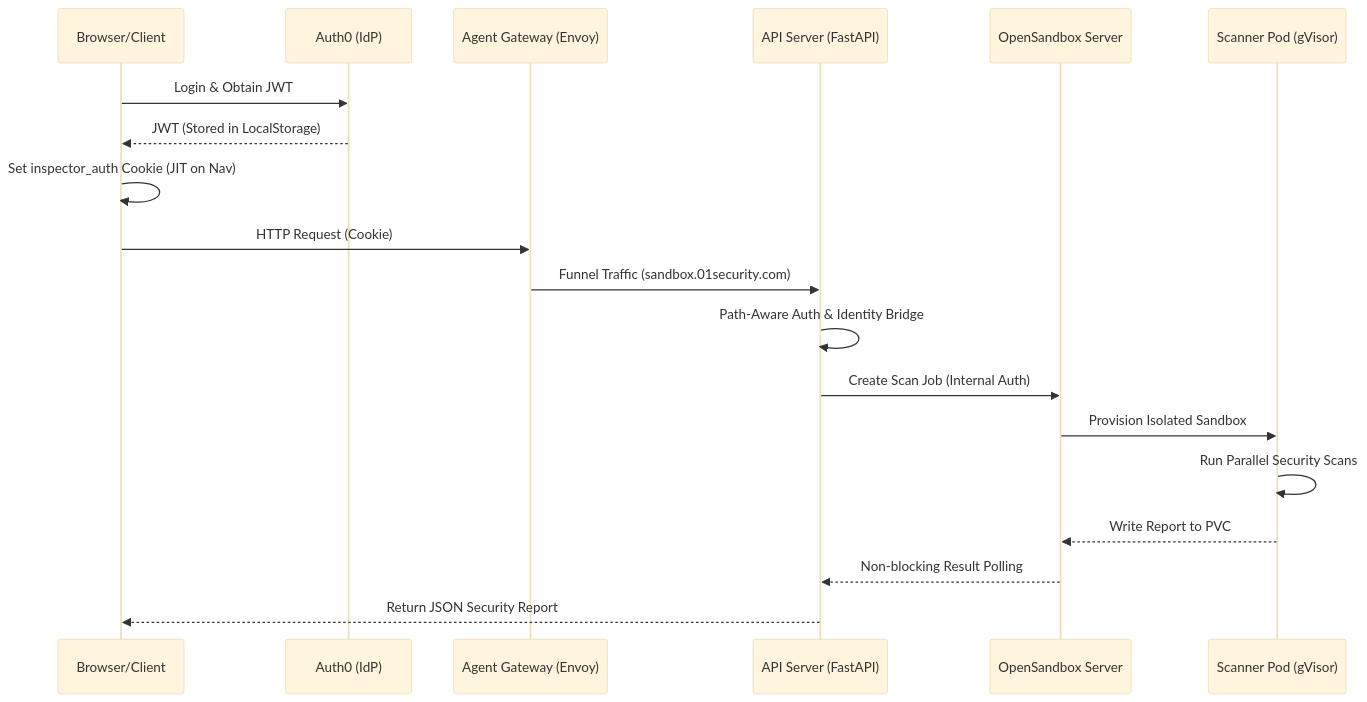
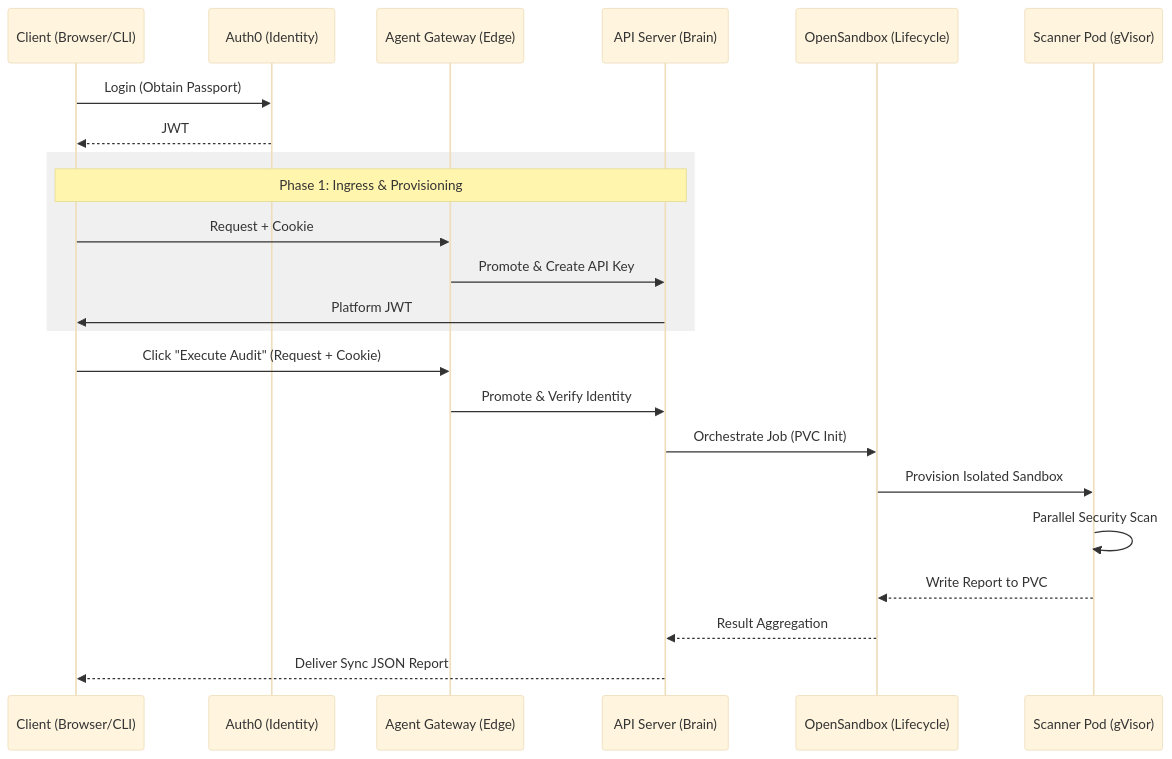
The diagram in docs/technicalprocessguid.md (01cloud/01-Sandbox), drawn with Mermaid (base theme) before and after one commit. The commit also changed other lines of this file and 2 other files, not shown here.

````diff
--- a/docs/technicalprocessguid.md
+++ b/docs/technicalprocessguid.md
@@ -9,22 +9,28 @@
 ```mermaid
 sequenceDiagram
-    participant User as Browser/Client
-    participant Auth0 as Auth0 (IdP)
-    participant GW as Agent Gateway (Envoy)
-    participant API as API Server (FastAPI)
-    participant OSS as OpenSandbox Server
+    participant User as Client (Browser/CLI)
+    participant Auth0 as Auth0 (Identity)
+    participant GW as Agent Gateway (Edge)
+    participant API as API Server (Brain)
+    participant OSS as OpenSandbox (Lifecycle)
     participant POD as Scanner Pod (gVisor)
 
-    User->>Auth0: Login & Obtain JWT
-    Auth0-->>User: JWT (Stored in LocalStorage)
-    User->>User: Set inspector_auth Cookie (JIT on Nav)
-    User->>GW: HTTP Request (Cookie)
-    GW->>API: Funnel Traffic (sandbox.01security.com)
-    API->>API: Path-Aware Auth & Identity Bridge
-    API->>OSS: Create Scan Job (Internal Auth)
+    User->>Auth0: Login (Obtain Passport)
+    Auth0-->>User: JWT
+    
+    rect rgb(240, 240, 240)
+    Note over User, API: Phase 1: Ingress & Provisioning
+    User->>GW: Request + Cookie
+    GW->>API: Promote & Create API Key
+    API->>User: Platform JWT
+    end
+
+    User->>GW: Click "Execute Audit" (Request + Cookie)
+    GW->>API: Promote & Verify Identity
+    API->>OSS: Orchestrate Job (PVC Init)
     OSS->>POD: Provision Isolated Sandbox
-    POD->>POD: Run Parallel Security Scans
+    POD->>POD: Parallel Security Scan
     POD-->>OSS: Write Report to PVC
-    OSS-->>API: Non-blocking Result Polling
-    API-->>User: Return JSON Security Report
+    OSS-->>API: Result Aggregation
+    API-->>User: Deliver Sync JSON Report
 ```
````
